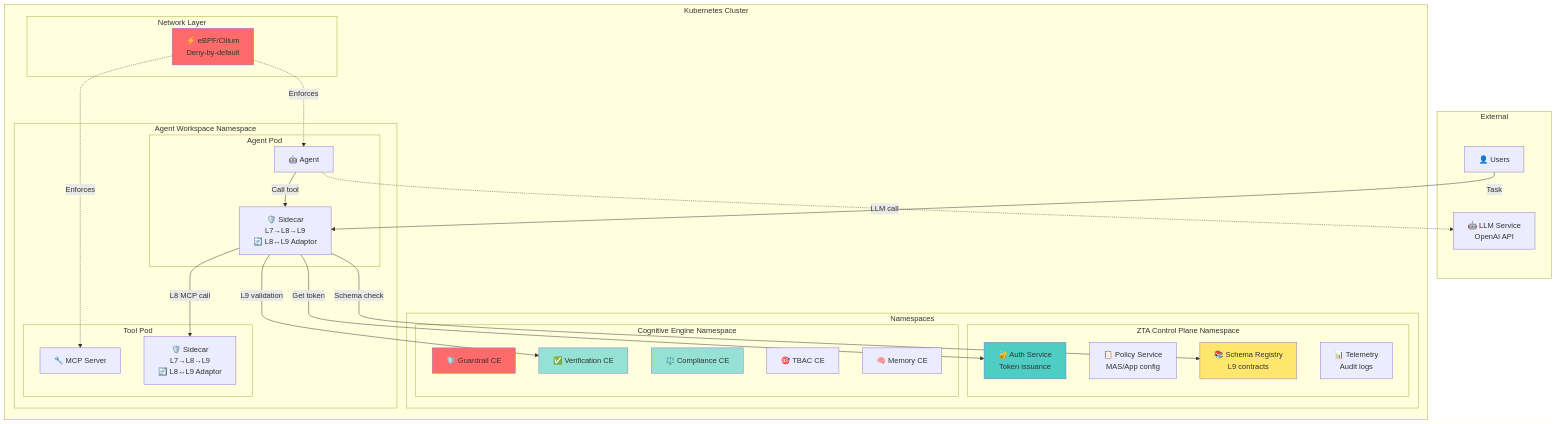
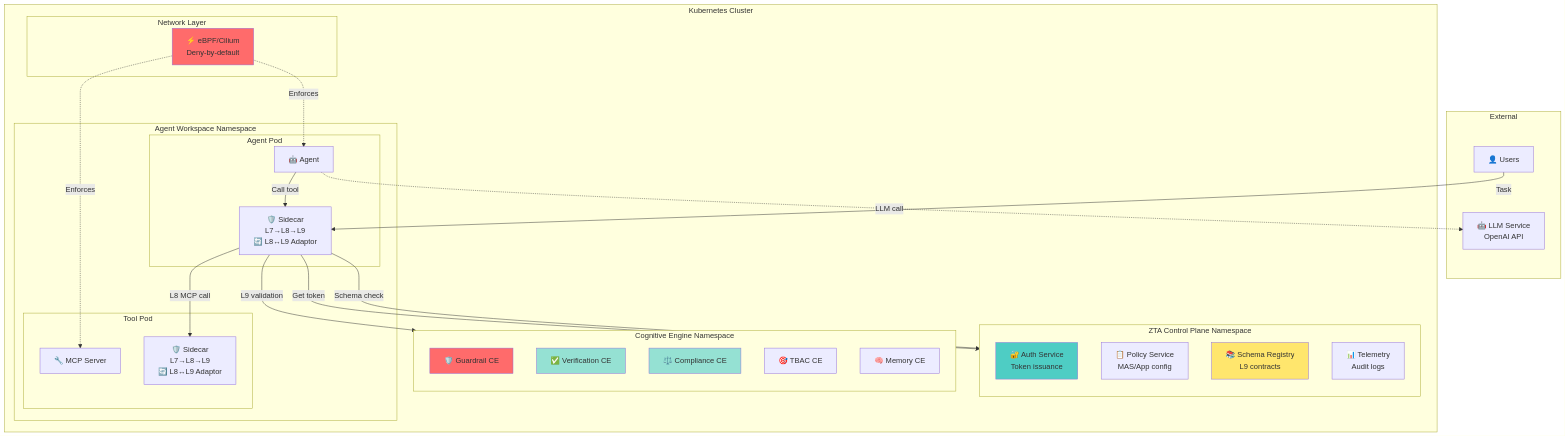
Before and after one commit to outshift-open/CASA: the first of 5 diagrams in contrib/wip/it1/SPECS_IOC.md, drawn with Mermaid.

````diff
--- a/contrib/wip/it1/SPECS_IOC.md
+++ b/contrib/wip/it1/SPECS_IOC.md
@@ -104,60 +104,60 @@
 ```mermaid
 graph TB
     subgraph "External"
         USER[👤 Users]
         LLM[🤖 LLM Service<br/>OpenAI API]
     end
 
     subgraph "Kubernetes Cluster"
-        subgraph "Namespaces"
-            subgraph "ZTA Control Plane Namespace"
-                AUTH[🔐 Auth Service<br/>Token issuance]
-                POLICY[📋 Policy Service<br/>MAS/App config]
-                SCHEMA[📚 Schema Registry<br/>L9 contracts]
-                TELEM[📊 Telemetry<br/>Audit logs]
-            end
+        subgraph "ZTA Control Plane Namespace"
+            direction TB
+            AUTH[🔐 Auth Service<br/>Token issuance]
+            POLICY[📋 Policy Service<br/>MAS/App config]
+            SCHEMA[📚 Schema Registry<br/>L9 contracts]
+            TELEM[📊 Telemetry<br/>Audit logs]
+        end
 
-            subgraph "Cognitive Engine Namespace"
-                CE_GUARD[🛡️ Guardrail CE]
-                CE_VERIFY[✅ Verification CE]
-                CE_COMPLY[⚖️ Compliance CE]
-                CE_TBAC[🎯 TBAC CE]
-                CE_MEMORY[🧠 Memory CE]
-            end
+        subgraph "Cognitive Engine Namespace"
+            direction TB
+            CE_GUARD[🛡️ Guardrail CE]
+            CE_VERIFY[✅ Verification CE]
+            CE_COMPLY[⚖️ Compliance CE]
+            CE_TBAC[🎯 TBAC CE]
+            CE_MEMORY[🧠 Memory CE]
         end
 
         subgraph "Agent Workspace Namespace"
             subgraph "Agent Pod"
                 AGENT[🤖 Agent]
                 SIDECAR_A[🛡️ Sidecar<br/>L7→L8→L9<br/>🔄 L8↔L9 Adaptor]
             end
 
             subgraph "Tool Pod"
                 TOOL[🔧 MCP Server]
                 SIDECAR_T[🛡️ Sidecar<br/>L7→L8→L9<br/>🔄 L8↔L9 Adaptor]
             end
         end
 
         subgraph "Network Layer"
             EBPF[⚡ eBPF/Cilium<br/>Deny-by-default]
         end
     end
 
     USER -->|Task| SIDECAR_A
     SIDECAR_A -->|Get token| AUTH
     AGENT -->|Call tool| SIDECAR_A
     SIDECAR_A -->|L9 validation| CE_VERIFY
     SIDECAR_A -->|Schema check| SCHEMA
     SIDECAR_A -->|L8 MCP call| SIDECAR_T
     AGENT -.->|LLM call| LLM
 
     EBPF -.->|Enforces| AGENT
     EBPF -.->|Enforces| TOOL
 
     style CE_GUARD fill:#ff6b6b
     style CE_VERIFY fill:#95e1d3
     style CE_COMPLY fill:#95e1d3
     style EBPF fill:#ff6b6b
     style AUTH fill:#4ecdc4
     style SCHEMA fill:#ffe66d
 ```
````
